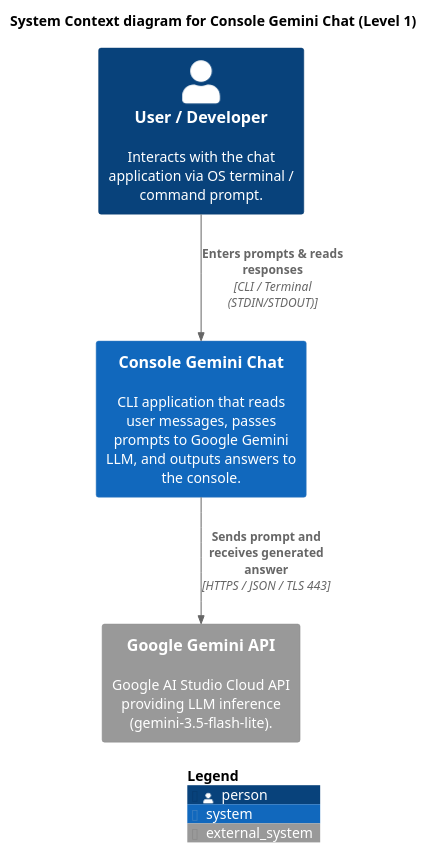
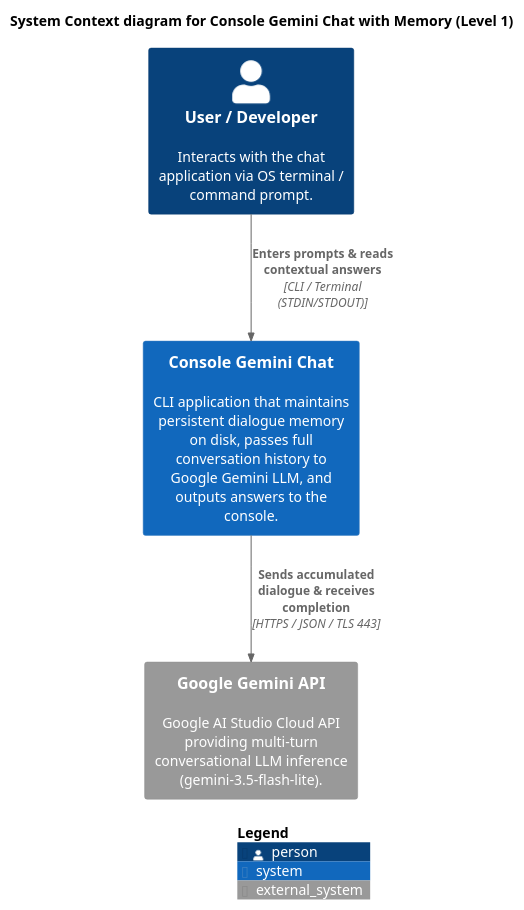
The diagram in console-chat/docs/c4-model/level1-context.puml (den987655/fullstack-vibecoder-bot), drawn with PlantUML before and after one commit. The commit also changed 8 other files, not shown here.

Commit message:
feat: accumulate conversation history, persist memory on disk, update C4 diagrams

```diff
--- a/console-chat/docs/c4-model/level1-context.puml
+++ b/console-chat/docs/c4-model/level1-context.puml
@@ -1,16 +1,16 @@
 @startuml
 !include https://raw.githubusercontent.com/plantuml-stdlib/C4-PlantUML/master/C4_Context.puml
 
-title System Context diagram for Console Gemini Chat (Level 1)
+title System Context diagram for Console Gemini Chat with Memory (Level 1)
 
 Person(user, "User / Developer", "Interacts with the chat application via OS terminal / command prompt.")
 
-System(chatSystem, "Console Gemini Chat", "CLI application that reads user messages, passes prompts to Google Gemini LLM, and outputs answers to the console.")
+System(chatSystem, "Console Gemini Chat", "CLI application that maintains persistent dialogue memory on disk, passes full conversation history to Google Gemini LLM, and outputs answers to the console.")
 
-System_Ext(geminiAPI, "Google Gemini API", "Google AI Studio Cloud API providing LLM inference (gemini-3.5-flash-lite).")
+System_Ext(geminiAPI, "Google Gemini API", "Google AI Studio Cloud API providing multi-turn conversational LLM inference (gemini-3.5-flash-lite).")
 
-Rel(user, chatSystem, "Enters prompts & reads responses", "CLI / Terminal (STDIN/STDOUT)")
-Rel(chatSystem, geminiAPI, "Sends prompt and receives generated answer", "HTTPS / JSON / TLS 443")
+Rel(user, chatSystem, "Enters prompts & reads contextual answers", "CLI / Terminal (STDIN/STDOUT)")
+Rel(chatSystem, geminiAPI, "Sends accumulated dialogue & receives completion", "HTTPS / JSON / TLS 443")
 
 SHOW_LEGEND()
 @enduml
```
